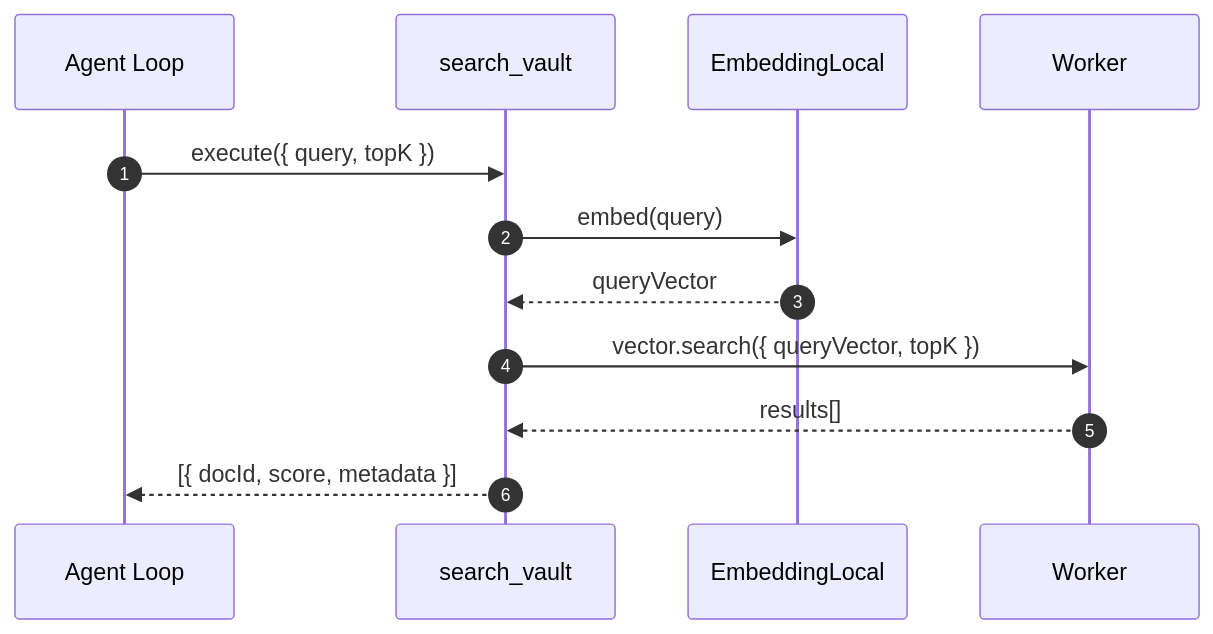
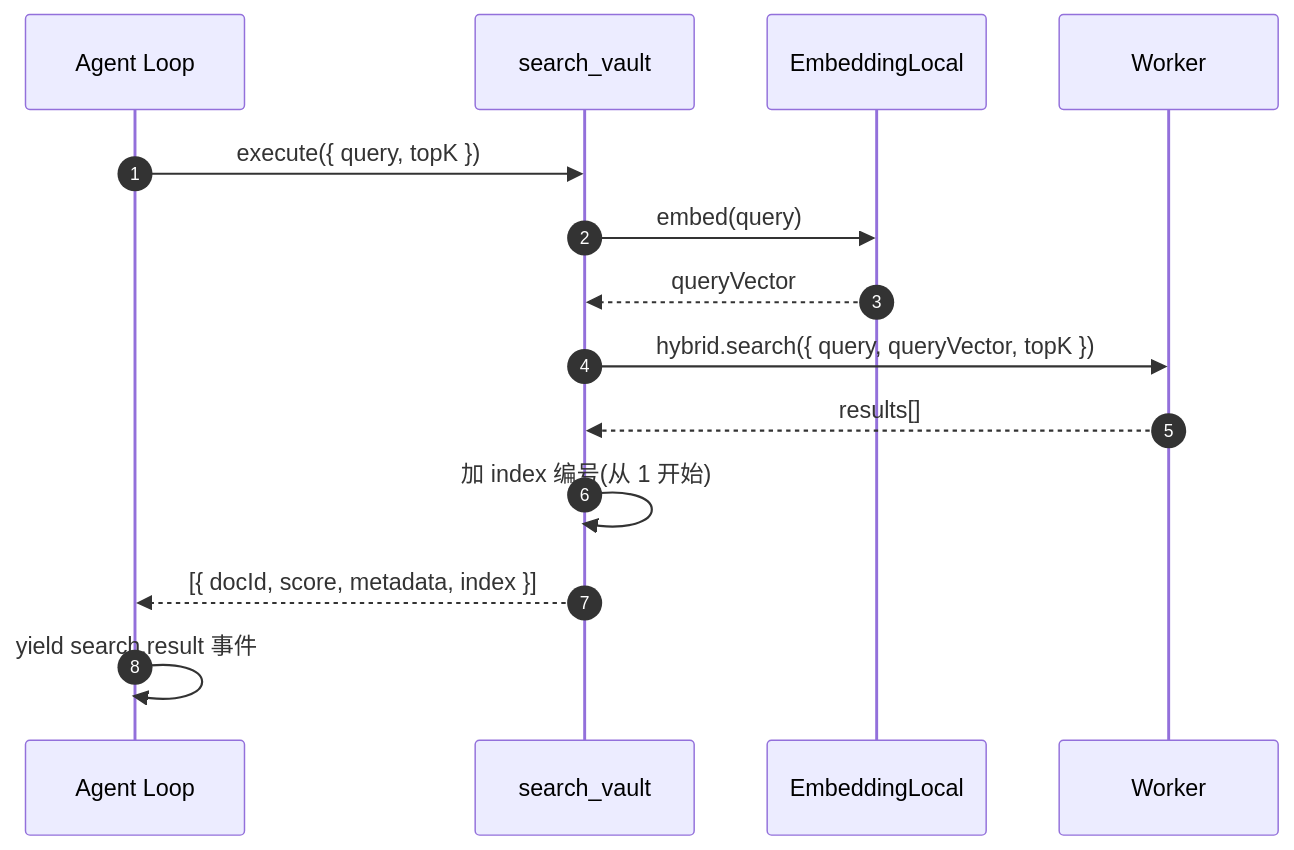
One commit to golddream-y/obsidian-ratel changed the second of 3 diagrams in docs/architecture/agent/tools.md. Above: the diagram before and after it, drawn with Mermaid. The commit also changed other lines of this file and 14 other files, not shown here.

````diff
--- a/docs/architecture/agent/tools.md
+++ b/docs/architecture/agent/tools.md
@@ -107,15 +107,17 @@
 ```mermaid
 sequenceDiagram
     autonumber
     participant AL as Agent Loop
     participant SV as search_vault
     participant EL as EmbeddingLocal
     participant WP as Worker
 
     AL->>SV: execute({ query, topK })
     SV->>EL: embed(query)
     EL-->>SV: queryVector
-    SV->>WP: vector.search({ queryVector, topK })
+    SV->>WP: hybrid.search({ query, queryVector, topK })
     WP-->>SV: results[]
-    SV-->>AL: [{ docId, score, metadata }]
+    SV->>SV: 加 index 编号(从 1 开始)
+    SV-->>AL: [{ docId, score, metadata, index }]
+    AL->>AL: yield search.result 事件
 ```
````
